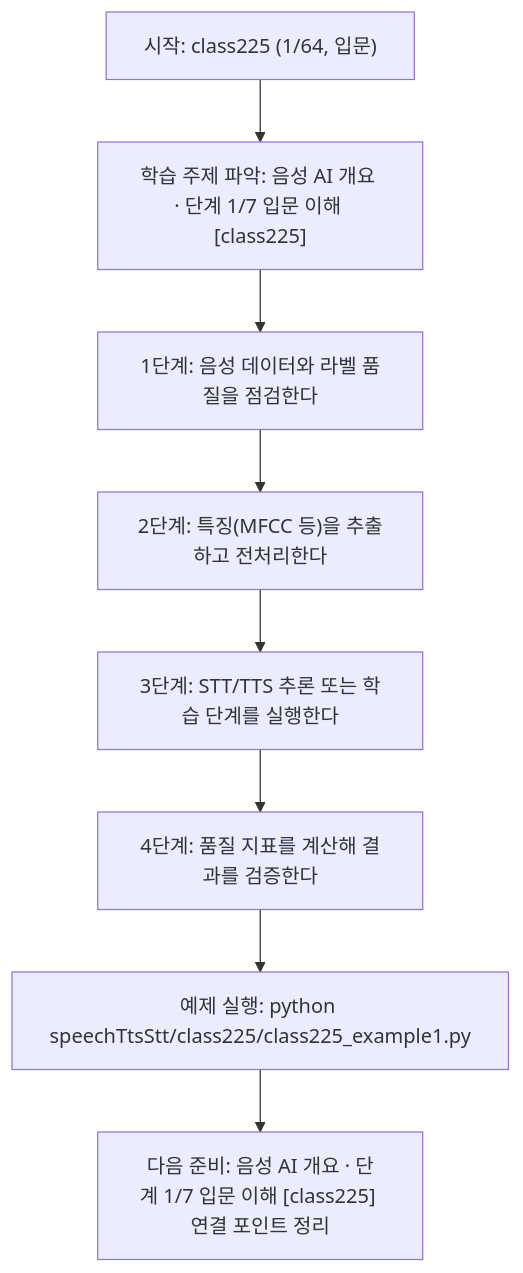
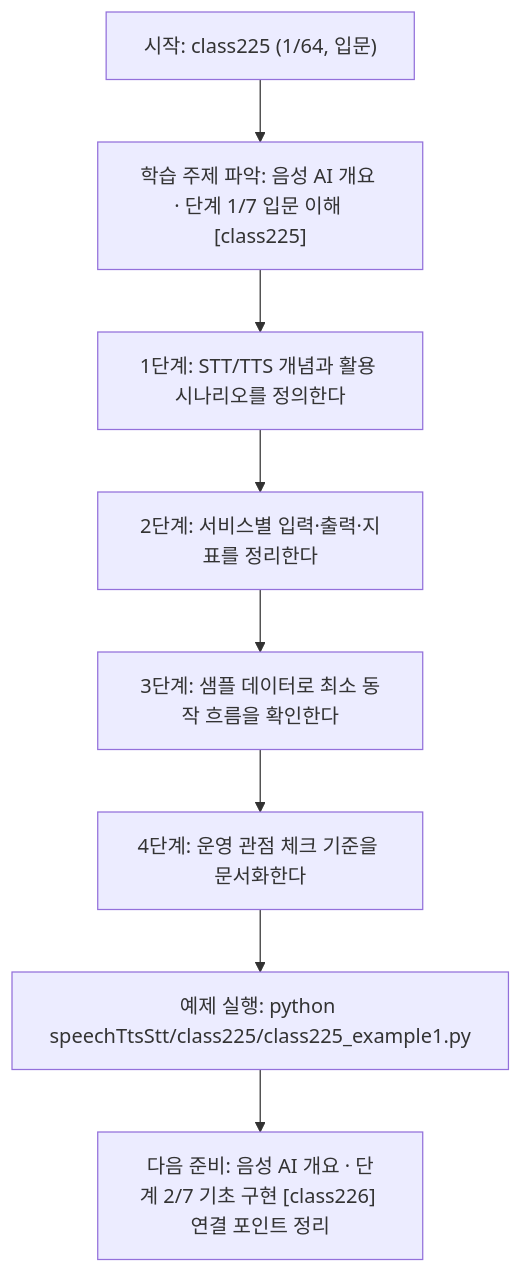
The diagram in speechTtsStt/class225/class225.md (edumgt/Python-AI_Agent-Class), drawn with Mermaid before and after one commit. The commit also changed other lines of this file and 1122 other files, not shown here.

````diff
--- a/speechTtsStt/class225/class225.md
+++ b/speechTtsStt/class225/class225.md
@@ -114,18 +95,18 @@
 ```mermaid
 flowchart TD
 N1["시작: class225 (1/64, 입문)"]
 N2["학습 주제 파악: 음성 AI 개요 · 단계 1/7 입문 이해 [class225]"]
-N3["1단계: 음성 데이터와 라벨 품질을 점검한다"]
-N4["2단계: 특징(MFCC 등)을 추출하고 전처리한다"]
-N5["3단계: STT/TTS 추론 또는 학습 단계를 실행한다"]
-N6["4단계: 품질 지표를 계산해 결과를 검증한다"]
+N3["1단계: STT/TTS 개념과 활용 시나리오를 정의한다"]
+N4["2단계: 서비스별 입력·출력·지표를 정리한다"]
+N5["3단계: 샘플 데이터로 최소 동작 흐름을 확인한다"]
+N6["4단계: 운영 관점 체크 기준을 문서화한다"]
 N7["예제 실행: python speechTtsStt/class225/class225_example1.py"]
-N8["다음 준비: 음성 AI 개요 · 단계 1/7 입문 이해 [class225] 연결 포인트 정리"]
+N8["다음 준비: 음성 AI 개요 · 단계 2/7 기초 구현 [class226] 연결 포인트 정리"]
 N1 --> N2
 N2 --> N3
 N3 --> N4
 N4 --> N5
 N5 --> N6
 N6 --> N7
 N7 --> N8
 ```
````
